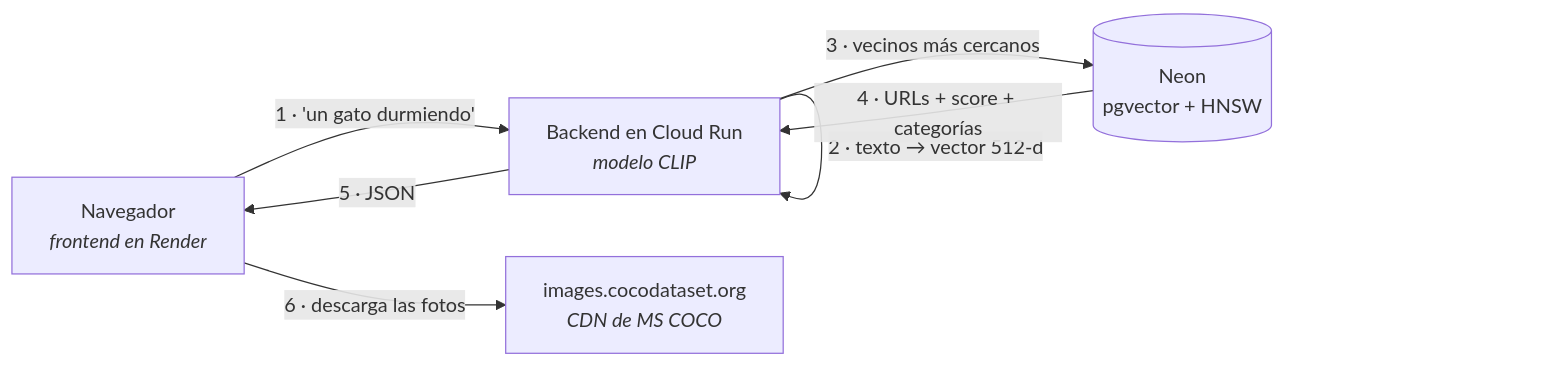
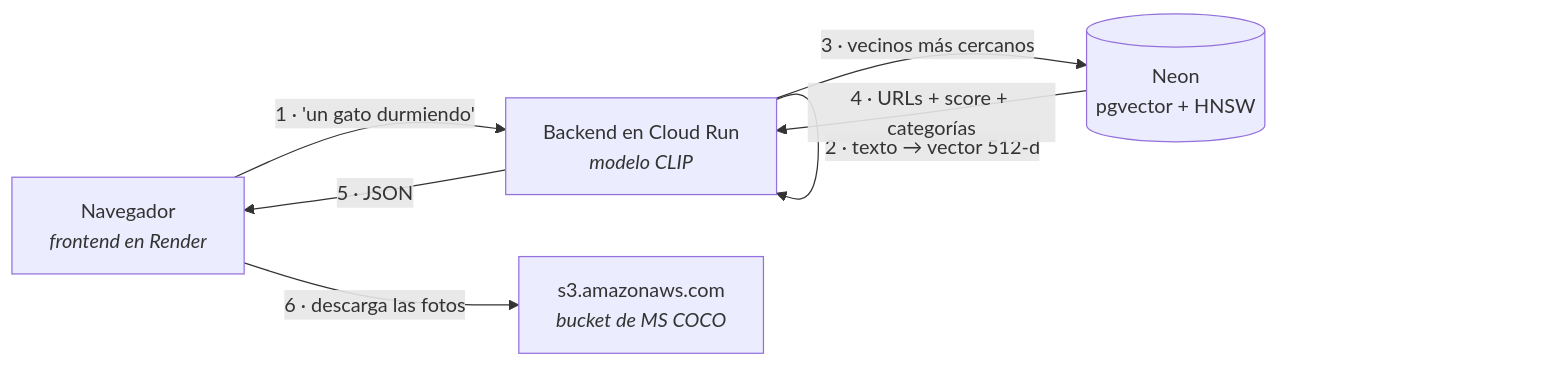
Before and after one commit to gcdavidq/Project_imagen_search_system: the second of 2 diagrams in docs/PASOS_PENDIENTES.md, drawn with Mermaid. The commit also changed other lines of this file and 6 other files, not shown here.

````diff
--- a/docs/PASOS_PENDIENTES.md
+++ b/docs/PASOS_PENDIENTES.md
@@ -43,9 +43,9 @@
 ```mermaid
 graph LR
     U["Navegador<br/><i>frontend en Render</i>"] -->|"1 · 'un gato durmiendo'"| S["Backend en Cloud Run<br/><i>modelo CLIP</i>"]
     S -->|"2 · texto → vector 512-d"| S
     S -->|"3 · vecinos más cercanos"| N[("Neon<br/>pgvector + HNSW")]
     N -->|"4 · URLs + score + categorías"| S
     S -->|"5 · JSON"| U
-    U -->|"6 · descarga las fotos"| C["images.cocodataset.org<br/><i>CDN de MS COCO</i>"]
+    U -->|"6 · descarga las fotos"| C["s3.amazonaws.com<br/><i>bucket de MS COCO</i>"]
 ```
````
